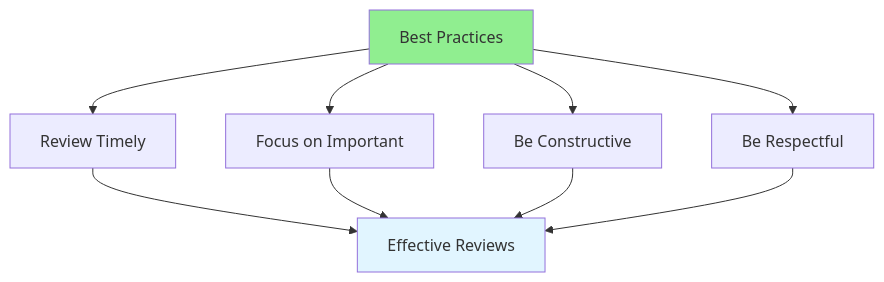
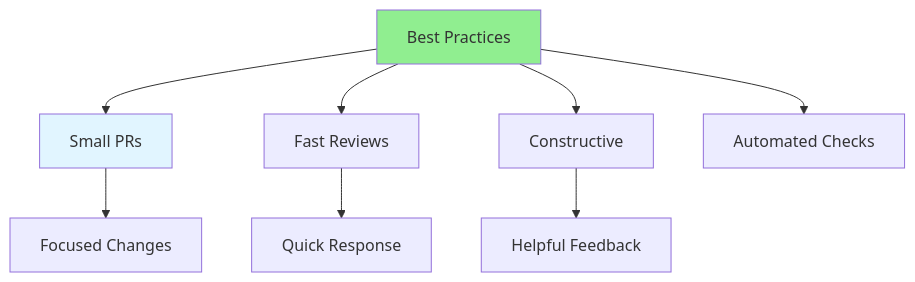
One commit to iouthnamain/tech-note changed the diagram in Full-Stack-Guides/Group-08-Code-Review/08.11_Review_Best_Practices.md. Above: the diagram before and after it, drawn with Mermaid. The commit also changed other lines of this file and 480 other files, not shown here.

````diff
--- a/Full-Stack-Guides/Group-08-Code-Review/08.11_Review_Best_Practices.md
+++ b/Full-Stack-Guides/Group-08-Code-Review/08.11_Review_Best_Practices.md
@@ -22,15 +21,14 @@
 ```mermaid
 graph TD
-    Practices[Best Practices] --> Timely[Review Timely]
-    Practices --> Focus[Focus on Important]
-    Practices --> Constructive[Be Constructive]
-    Practices --> Respectful[Be Respectful]
+    Practices[Best Practices] --> Small[Small PRs]
+    Practices --> Fast[Fast Reviews]
+    Practices --> Constructive[Constructive]
+    Practices --> Automated[Automated Checks]
     
-    Timely --> Effective[Effective Reviews]
-    Focus --> Effective
-    Constructive --> Effective
-    Respectful --> Effective
+    Small --> Focused[Focused Changes]
+    Fast --> Responsive[Quick Response]
+    Constructive --> Helpful[Helpful Feedback]
     
     style Practices fill:#90EE90
-    style Effective fill:#e1f5ff
+    style Small fill:#e1f5ff
 ```
````
